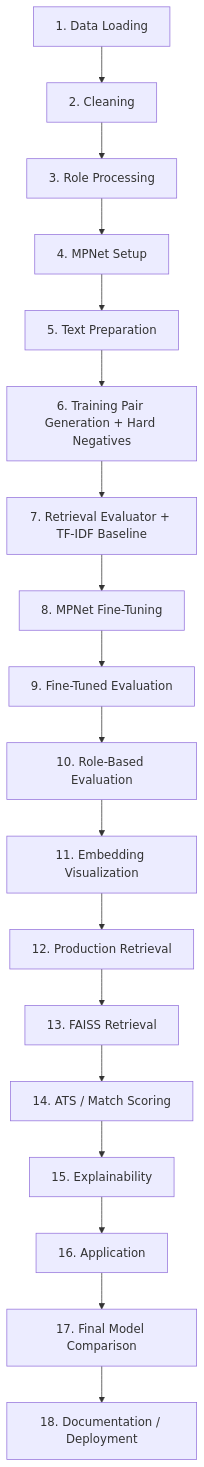
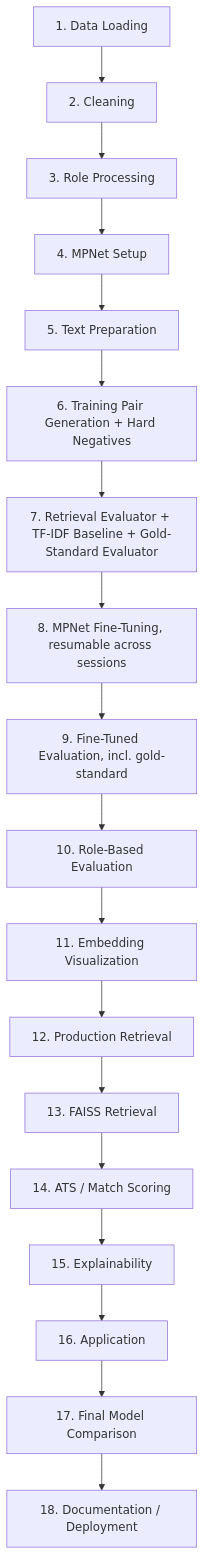
One commit to Hari-jith/Semantic-Resume-to-Job-Alignment-Matrix changed the diagram in README.md. Above: the diagram before and after it, drawn with Mermaid. The commit also changed other lines of this file, not shown here.

````diff
--- a/README.md
+++ b/README.md
@@ -46,20 +46,20 @@
 ```mermaid
 graph TD
     A[1. Data Loading] --> B[2. Cleaning]
     B --> C[3. Role Processing]
     C --> D[4. MPNet Setup]
     D --> E[5. Text Preparation]
     E --> F[6. Training Pair Generation + Hard Negatives]
-    F --> G[7. Retrieval Evaluator + TF-IDF Baseline]
-    G --> H[8. MPNet Fine-Tuning]
-    H --> I[9. Fine-Tuned Evaluation]
+    F --> G[7. Retrieval Evaluator + TF-IDF Baseline + Gold-Standard Evaluator]
+    G --> H[8. MPNet Fine-Tuning, resumable across sessions]
+    H --> I[9. Fine-Tuned Evaluation, incl. gold-standard]
     I --> J[10. Role-Based Evaluation]
     J --> K[11. Embedding Visualization]
     K --> L[12. Production Retrieval]
     L --> M[13. FAISS Retrieval]
     M --> N[14. ATS / Match Scoring]
     N --> O[15. Explainability]
     O --> P[16. Application]
     P --> Q[17. Final Model Comparison]
     Q --> R[18. Documentation / Deployment]
 ```
````
